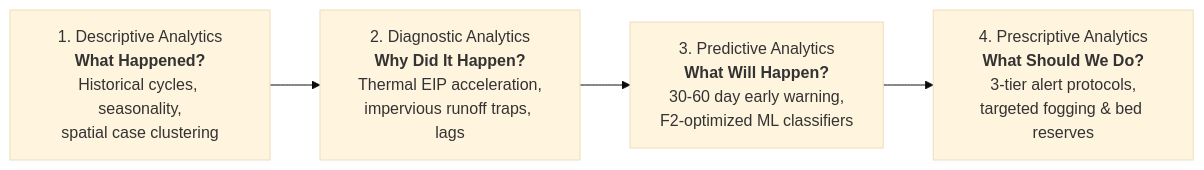
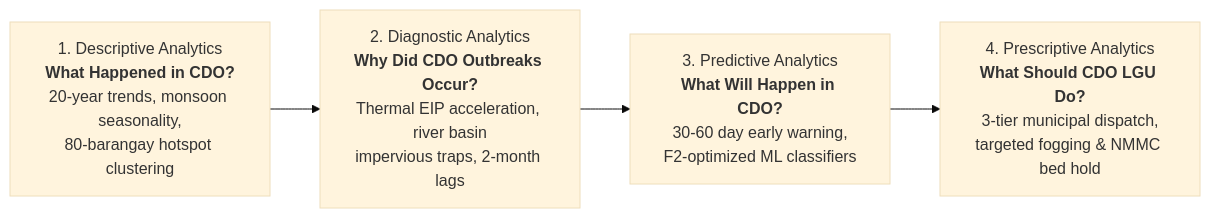
The diagram in docs/project_summary_and_defense_guide.md (Troge-dev/Climate-Driven-Vector-Borne-Outbreak-Surveillance), drawn with Mermaid (base theme) before and after one commit. The commit also changed other lines of this file and 37 other files, not shown here.

````diff
--- a/docs/project_summary_and_defense_guide.md
+++ b/docs/project_summary_and_defense_guide.md
@@ -40,7 +42,7 @@
 ```mermaid
 graph LR
-    A["1. Descriptive Analytics<br/><b>What Happened?</b><br/>Historical cycles, seasonality,<br/>spatial case clustering"] 
-    --> B["2. Diagnostic Analytics<br/><b>Why Did It Happen?</b><br/>Thermal EIP acceleration,<br/>impervious runoff traps, lags"]
-    --> C["3. Predictive Analytics<br/><b>What Will Happen?</b><br/>30-60 day early warning,<br/>F2-optimized ML classifiers"]
-    --> D["4. Prescriptive Analytics<br/><b>What Should We Do?</b><br/>3-tier alert protocols,<br/>targeted fogging & bed reserves"]
+    A["1. Descriptive Analytics<br/><b>What Happened in CDO?</b><br/>20-year trends, monsoon seasonality,<br/>80-barangay hotspot clustering"] 
+    --> B["2. Diagnostic Analytics<br/><b>Why Did CDO Outbreaks Occur?</b><br/>Thermal EIP acceleration, river basin<br/>impervious traps, 2-month lags"]
+    --> C["3. Predictive Analytics<br/><b>What Will Happen in CDO?</b><br/>30-60 day early warning,<br/>F2-optimized ML classifiers"]
+    --> D["4. Prescriptive Analytics<br/><b>What Should CDO LGU Do?</b><br/>3-tier municipal dispatch,<br/>targeted fogging & NMMC bed hold"]
 ```
````
